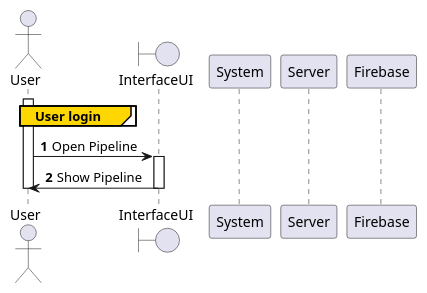
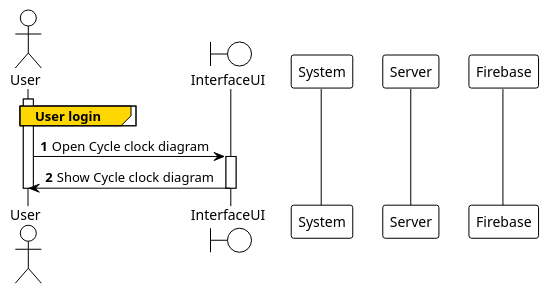
Before and after one commit to nonodev96/THUMDER: the diagram in UML/4.Sequence/4.17.ShowDiagram.puml, drawn with PlantUML. The commit also changed 77 other files, not shown here.

Commit message:
fix files in file system storage (delete item) add new pipe Object entries add beta grid view refactor AccordionCard drag in docs refactor forms in login, register and forgot. Add UML

```diff
--- a/UML/4.Sequence/4.17.ShowDiagram.puml
+++ b/UML/4.Sequence/4.17.ShowDiagram.puml
@@ -1,24 +1,25 @@
 @startuml
 'https://plantuml.com/sequence-diagram
+!theme plain
 
 autonumber
 
 actor User
 boundary InterfaceUI
 participant System
 participant Server
 participant Firebase
 
 activate User
 group#Gold User login
 
 end
-User -> InterfaceUI: Open Pipeline
+User -> InterfaceUI: Open Cycle clock diagram
 
 activate InterfaceUI
-User <- InterfaceUI: Show Pipeline
+User <- InterfaceUI: Show Cycle clock diagram
 deactivate InterfaceUI
 
 deactivate User
 
 @enduml
```
